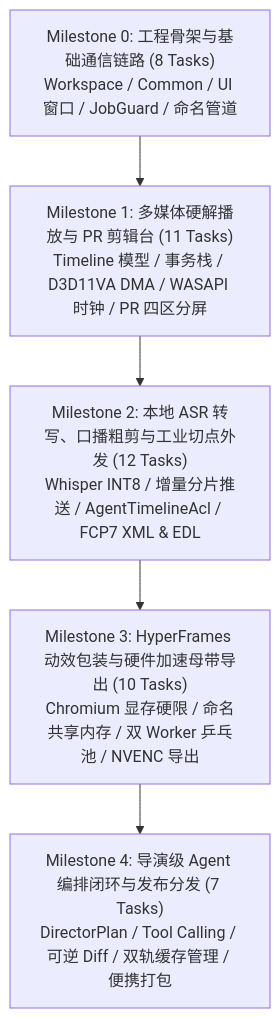
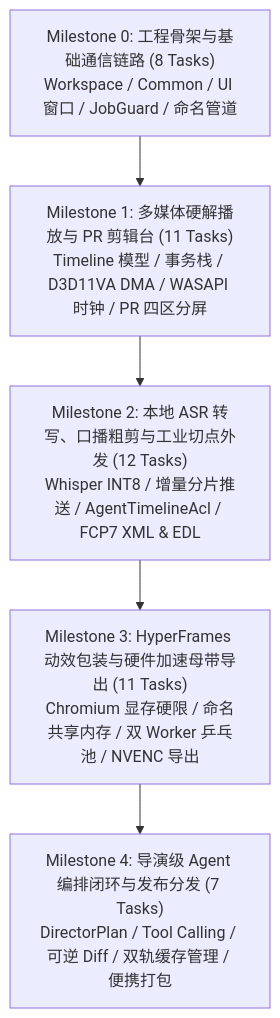
Before and after one commit to qiuku2022/ClipFlow: the first of 2 diagrams in docs/roadmap.md, drawn with Mermaid. The commit also changed other lines of this file, not shown here.

First line of the commit message:
修复 roadmap 审查发现的依赖遗漏、安全约束缺失和功能缺口

````diff
--- a/docs/roadmap.md
+++ b/docs/roadmap.md
@@ -23,10 +23,10 @@
 ```mermaid
 flowchart TD
     M0["Milestone 0: 工程骨架与基础通信链路 (8 Tasks)\nWorkspace / Common / UI 窗口 / JobGuard / 命名管道"]
     M1["Milestone 1: 多媒体硬解播放与 PR 剪辑台 (11 Tasks)\nTimeline 模型 / 事务栈 / D3D11VA DMA / WASAPI 时钟 / PR 四区分屏"]
     M2["Milestone 2: 本地 ASR 转写、口播粗剪与工业切点外发 (12 Tasks)\nWhisper INT8 / 增量分片推送 / AgentTimelineAcl / FCP7 XML & EDL"]
-    M3["Milestone 3: HyperFrames 动效包装与硬件加速母带导出 (10 Tasks)\nChromium 显存硬限 / 命名共享内存 / 双 Worker 乒乓池 / NVENC 导出"]
+    M3["Milestone 3: HyperFrames 动效包装与硬件加速母带导出 (11 Tasks)\nChromium 显存硬限 / 命名共享内存 / 双 Worker 乒乓池 / NVENC 导出"]
     M4["Milestone 4: 导演级 Agent 编排闭环与发布分发 (7 Tasks)\nDirectorPlan / Tool Calling / 可逆 Diff / 双轨缓存管理 / 便携打包"]
 
     M0 --> M1 --> M2 --> M3 --> M4
 ```
````
